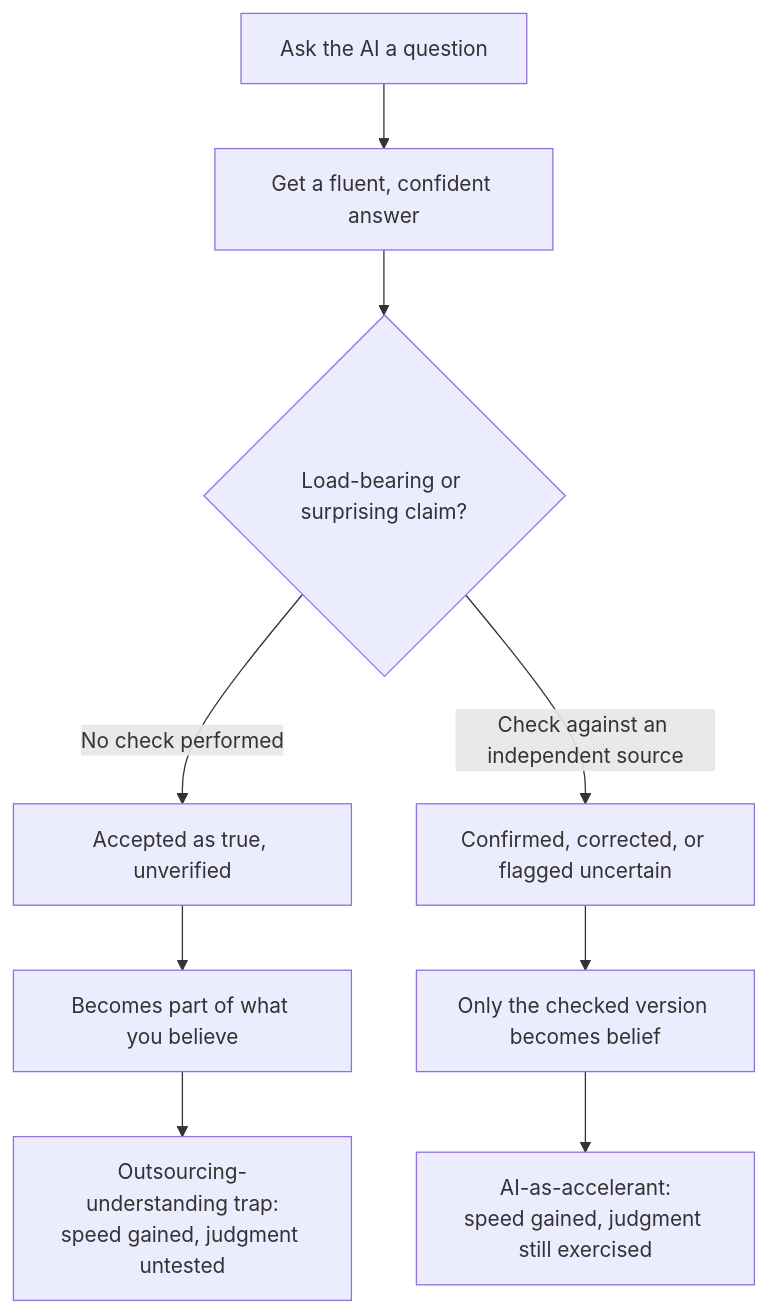
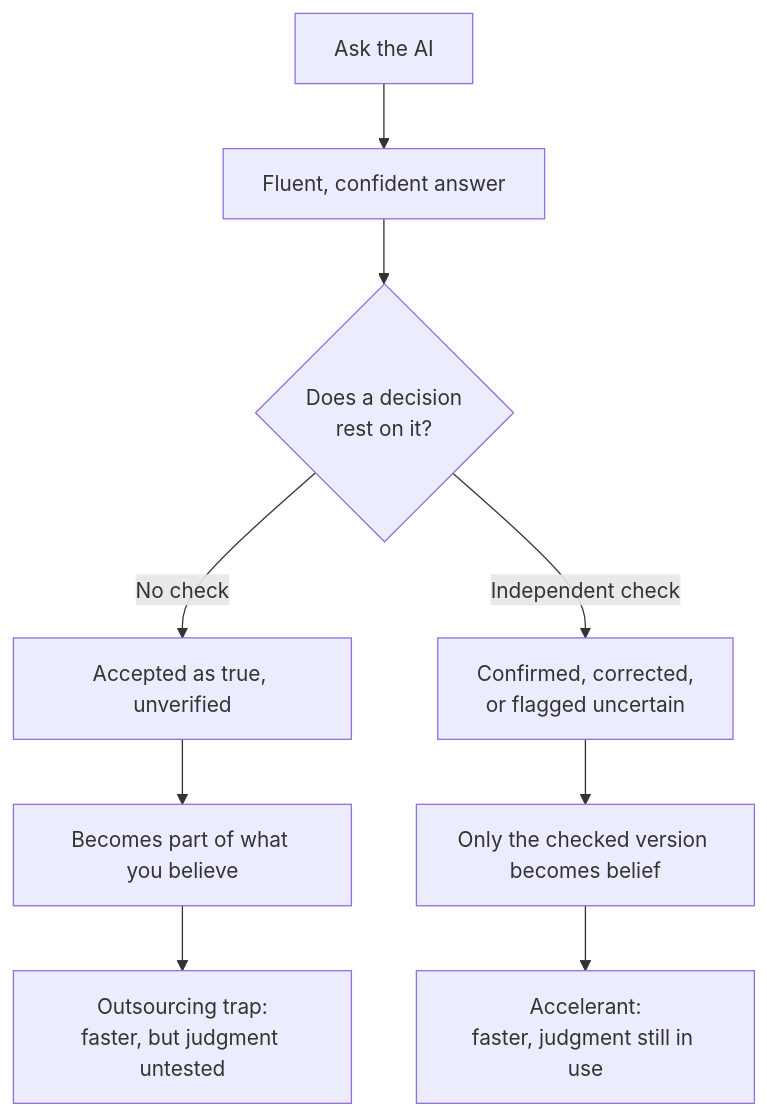
One commit to francoandreDev/knowledge changed the first of 2 diagrams in src/content/learning-craft/verification-habits/L2-concept.mdx. Above: the diagram before and after it, drawn with Mermaid. The commit also changed other lines of this file and 3 other files, not shown here.

````diff
--- a/src/content/learning-craft/verification-habits/L2-concept.mdx
+++ b/src/content/learning-craft/verification-habits/L2-concept.mdx
@@ -75,11 +37,11 @@
 ```mermaid
 flowchart TD
-    Q["Ask the AI a question"] --> A["Get a fluent, confident answer"]
-    A --> T{"Load-bearing or surprising claim?"}
-    T -->|"No check performed"| O1["Accepted as true, unverified"]
+    Q["Ask the AI"] --> A["Fluent, confident answer"]
+    A --> T{"Does a decision<br/>rest on it?"}
+    T -->|"No check"| O1["Accepted as true, unverified"]
     O1 --> O2["Becomes part of what you believe"]
-    O2 --> O3["Outsourcing-understanding trap:\nspeed gained, judgment untested"]
-    T -->|"Check against an independent source"| V1["Confirmed, corrected, or flagged uncertain"]
+    O2 --> O3["Outsourcing trap:<br/>faster, but judgment untested"]
+    T -->|"Independent check"| V1["Confirmed, corrected,<br/>or flagged uncertain"]
     V1 --> V2["Only the checked version becomes belief"]
-    V2 --> V3["AI-as-accelerant:\nspeed gained, judgment still exercised"]
+    V2 --> V3["Accelerant:<br/>faster, judgment still in use"]
 ```
````
